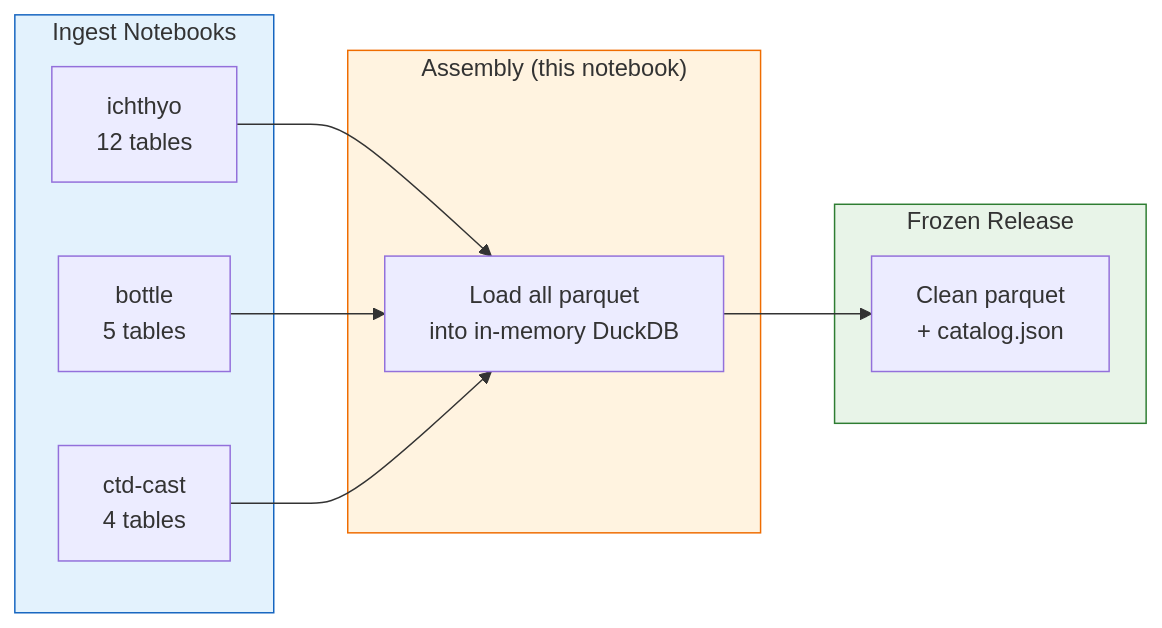
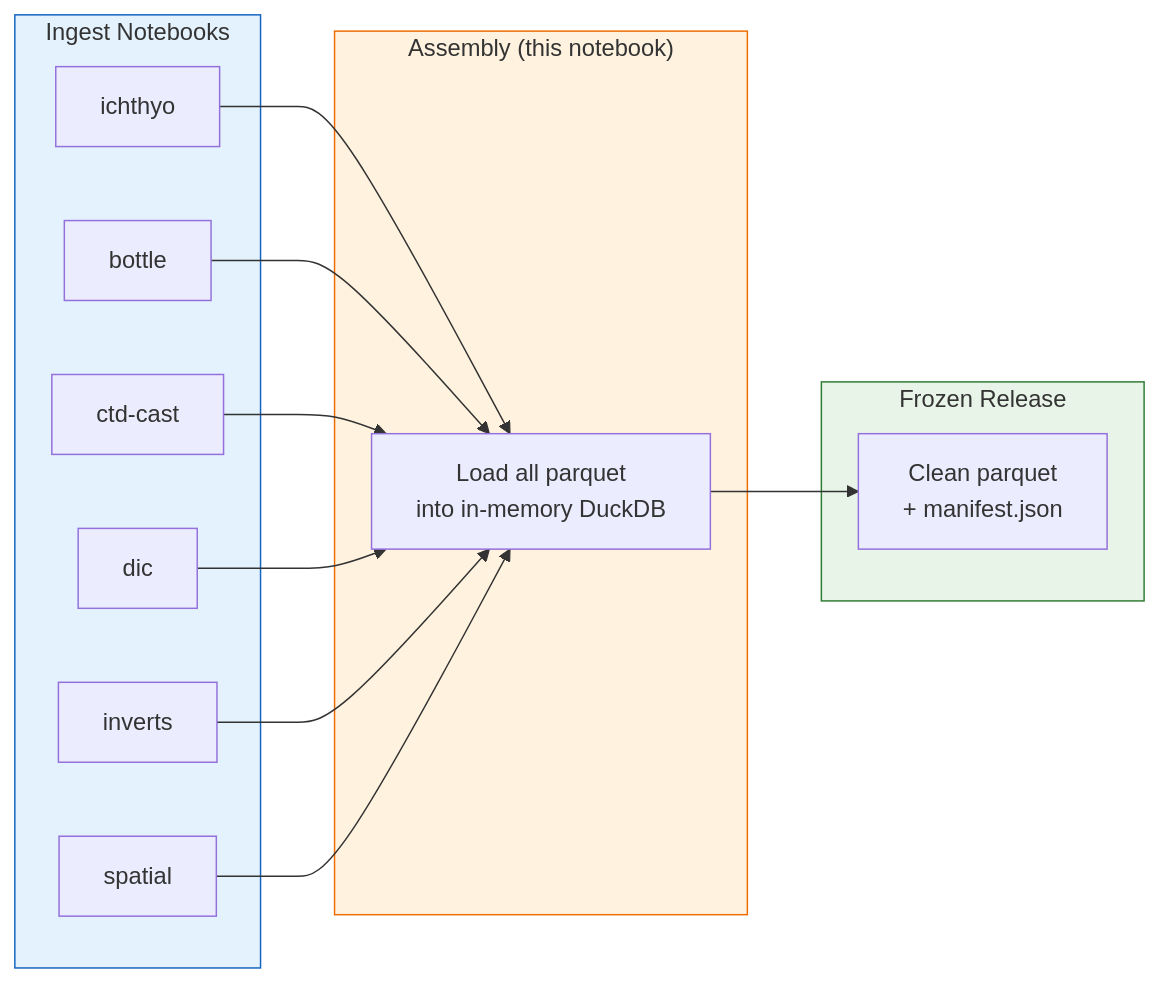
One commit to CalCOFI/workflows changed the diagram in release_database.qmd. Above: the diagram before and after it, drawn with Mermaid. The commit also changed other lines of this file and 35 other files, not shown here.

````diff
--- a/release_database.qmd
+++ b/release_database.qmd
@@ -29,25 +34,31 @@
 ```{mermaid}
 %%| label: fig-workflow
 %%| fig-cap: "Pipeline: ingest notebooks produce parquet → release caboose assembles frozen release"
 
 flowchart LR
     subgraph ingest["Ingest Notebooks"]
-        i1["ichthyo<br/>12 tables"]
-        i2["bottle<br/>5 tables"]
-        i3["ctd-cast<br/>4 tables"]
+        i1["ichthyo"]
+        i2["bottle"]
+        i3["ctd-cast"]
+        i4["dic"]
+        i5["inverts"]
+        i6["spatial"]
     end
     subgraph assembly["Assembly (this notebook)"]
         a["Load all parquet<br/>into in-memory DuckDB"]
     end
     subgraph release["Frozen Release"]
-        f["Clean parquet<br/>+ catalog.json"]
+        f["Clean parquet<br/>+ manifest.json"]
     end
     i1 --> a
     i2 --> a
     i3 --> a
+    i4 --> a
+    i5 --> a
+    i6 --> a
     a --> f
 
     style ingest fill:#e3f2fd,stroke:#1565c0
     style assembly fill:#fff3e0,stroke:#ef6c00
     style release fill:#e8f4e8,stroke:#2e7d32
 ```
````
